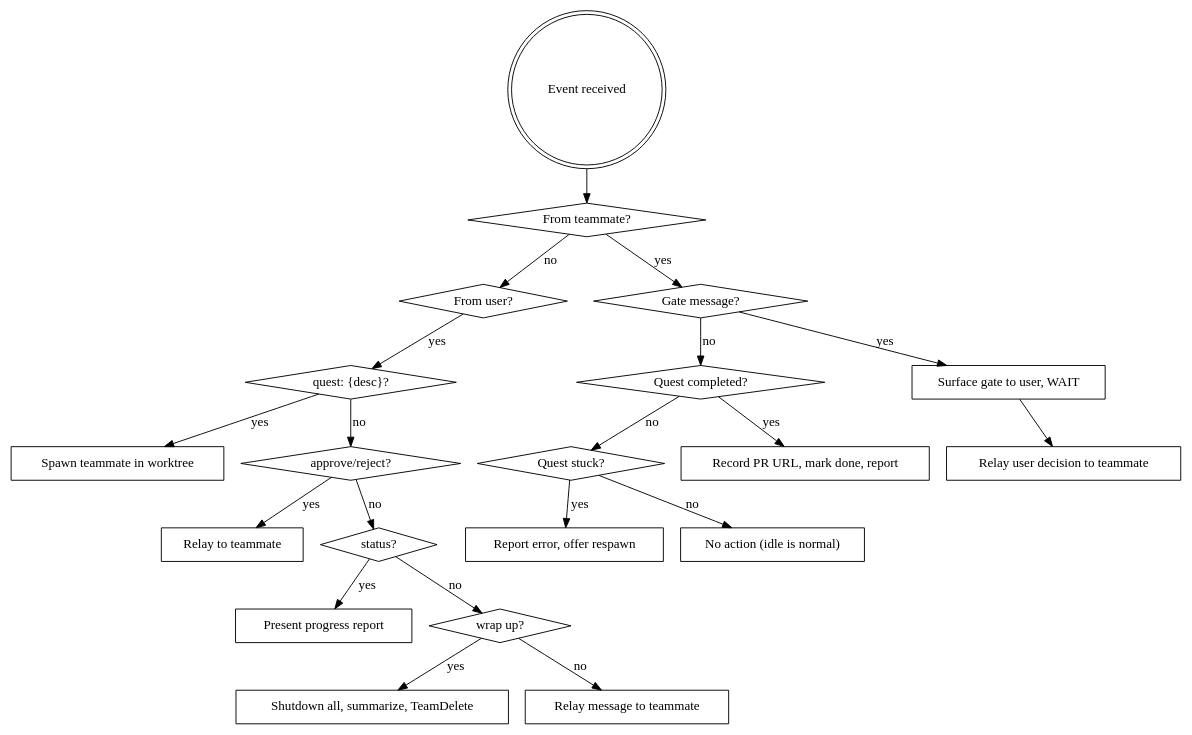
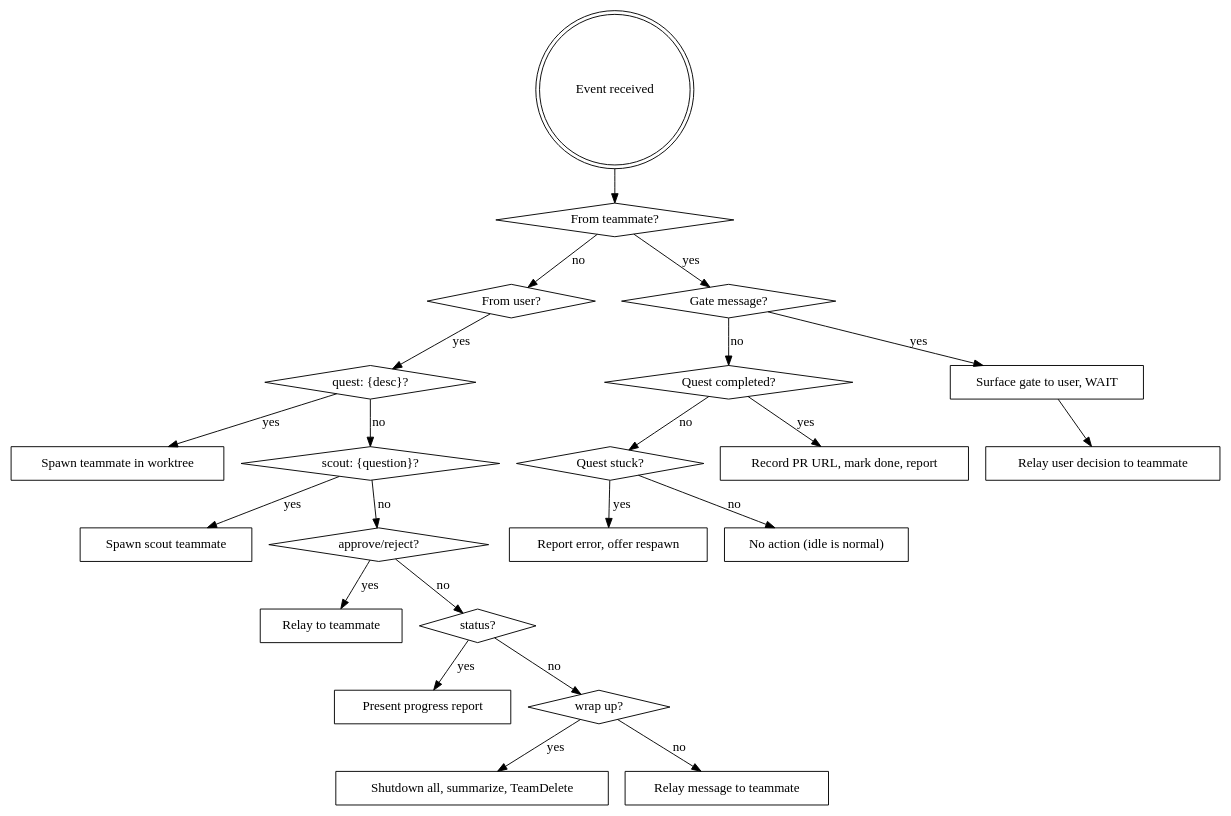
Before and after one commit to justinjdev/fellowship: the diagram in plugin/skills/fellowship/SKILL.md, drawn with Graphviz. The commit also changed other lines of this file and 2 other files, not shown here.

First line of the commit message:
refactor: scout agent definition with structural tool restrictions

````diff
--- a/plugin/skills/fellowship/SKILL.md
+++ b/plugin/skills/fellowship/SKILL.md
@@ -338,44 +323,48 @@
 ```dot
 digraph gandalf {
     "Event received" [shape=doublecircle];
     "From teammate?" [shape=diamond];
     "From user?" [shape=diamond];
     "Gate message?" [shape=diamond];
     "Quest completed?" [shape=diamond];
     "Quest stuck?" [shape=diamond];
     "Surface gate to user, WAIT" [shape=box];
     "Relay user decision to teammate" [shape=box];
     "Record PR URL, mark done, report" [shape=box];
     "Report error, offer respawn" [shape=box];
     "No action (idle is normal)" [shape=box];
     "quest: {desc}?" [shape=diamond];
     "Spawn teammate in worktree" [shape=box];
+    "scout: {question}?" [shape=diamond];
+    "Spawn scout teammate" [shape=box];
     "approve/reject?" [shape=diamond];
     "Relay to teammate" [shape=box];
     "status?" [shape=diamond];
     "Present progress report" [shape=box];
     "wrap up?" [shape=diamond];
     "Shutdown all, summarize, TeamDelete" [shape=box];
     "Relay message to teammate" [shape=box];
 
     "Event received" -> "From teammate?";
     "From teammate?" -> "Gate message?" [label="yes"];
     "From teammate?" -> "From user?" [label="no"];
     "Gate message?" -> "Surface gate to user, WAIT" [label="yes"];
     "Surface gate to user, WAIT" -> "Relay user decision to teammate";
     "Gate message?" -> "Quest completed?" [label="no"];
     "Quest completed?" -> "Record PR URL, mark done, report" [label="yes"];
     "Quest completed?" -> "Quest stuck?" [label="no"];
     "Quest stuck?" -> "Report error, offer respawn" [label="yes"];
     "Quest stuck?" -> "No action (idle is normal)" [label="no"];
     "From user?" -> "quest: {desc}?" [label="yes"];
     "quest: {desc}?" -> "Spawn teammate in worktree" [label="yes"];
-    "quest: {desc}?" -> "approve/reject?" [label="no"];
+    "quest: {desc}?" -> "scout: {question}?" [label="no"];
+    "scout: {question}?" -> "Spawn scout teammate" [label="yes"];
+    "scout: {question}?" -> "approve/reject?" [label="no"];
     "approve/reject?" -> "Relay to teammate" [label="yes"];
     "approve/reject?" -> "status?" [label="no"];
     "status?" -> "Present progress report" [label="yes"];
     "status?" -> "wrap up?" [label="no"];
     "wrap up?" -> "Shutdown all, summarize, TeamDelete" [label="yes"];
     "wrap up?" -> "Relay message to teammate" [label="no"];
 }
 ```
````
